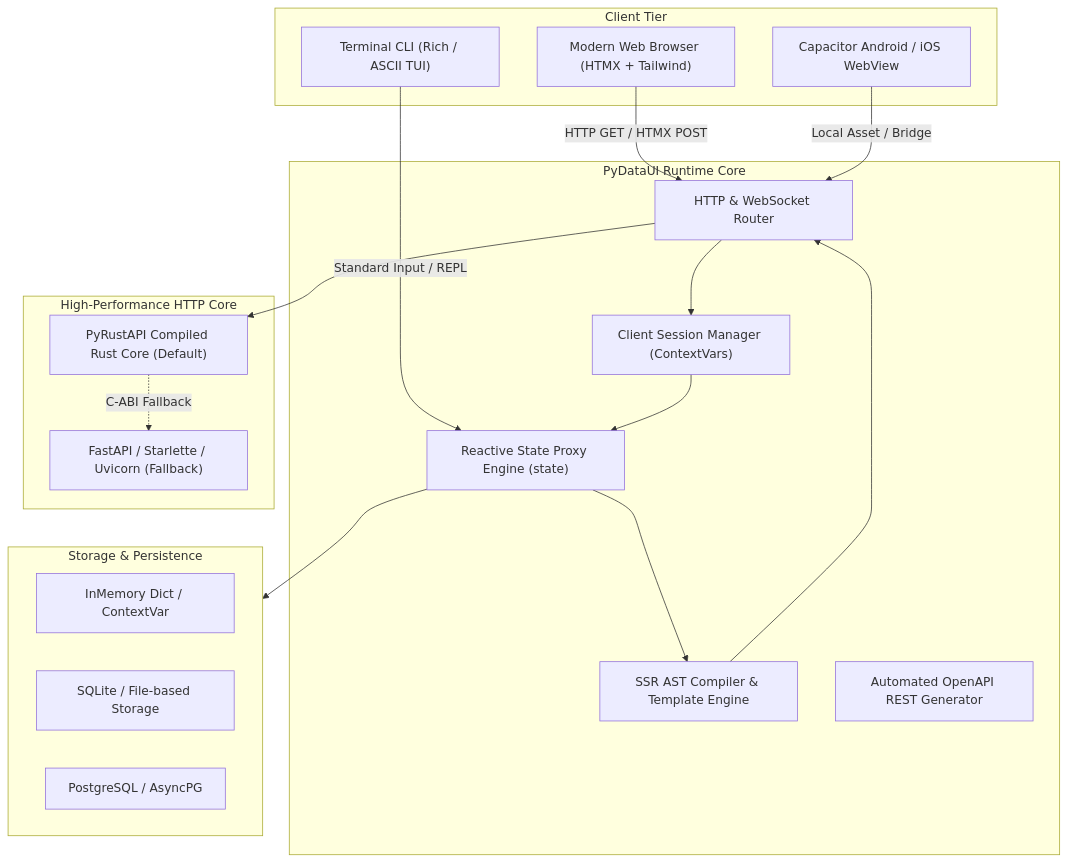
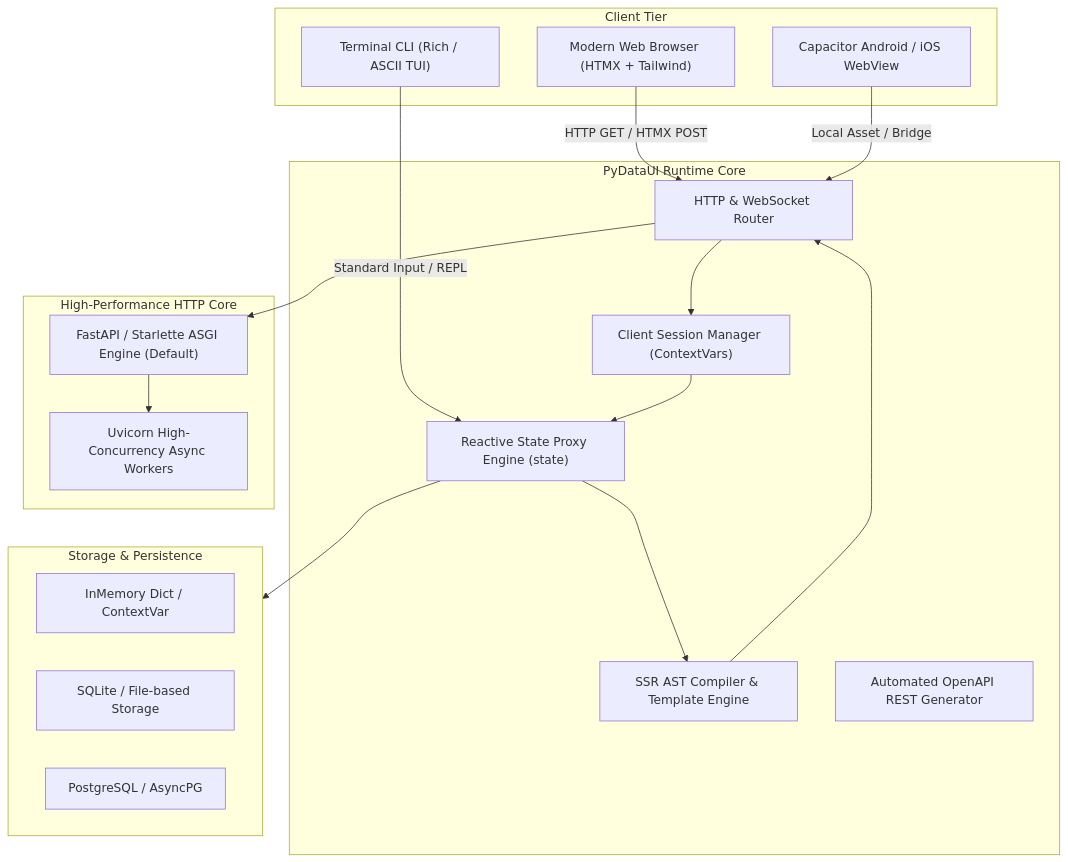
One commit to rajboopathiking/pydataui changed the first of 4 diagrams in docs/ARCHITECTURE.md. Above: the diagram before and after it, drawn with Mermaid. The commit also changed other lines of this file and 18 other files, not shown here.

````diff
--- a/docs/ARCHITECTURE.md
+++ b/docs/ARCHITECTURE.md
@@ -9,39 +9,39 @@
 ```mermaid
 flowchart TD
     subgraph Client["Client Tier"]
         Browser["Modern Web Browser (HTMX + Tailwind)"]
         Terminal["Terminal CLI (Rich / ASCII TUI)"]
         Native["Capacitor Android / iOS WebView"]
     end
 
     subgraph Core["PyDataUI Runtime Core"]
         Router["HTTP & WebSocket Router"]
         SessionMgr["Client Session Manager (ContextVars)"]
         StateEngine["Reactive State Proxy Engine (state)"]
         Compiler["SSR AST Compiler & Template Engine"]
         APIAuto["Automated OpenAPI REST Generator"]
     end
 
     subgraph Backend["High-Performance HTTP Core"]
-        Rust["PyRustAPI Compiled Rust Core (Default)"]
-        PythonFallback["FastAPI / Starlette / Uvicorn (Fallback)"]
+        FastAPI["FastAPI / Starlette ASGI Engine (Default)"]
+        Uvicorn["Uvicorn High-Concurrency Async Workers"]
     end
 
     subgraph Storage["Storage & Persistence"]
         Mem["InMemory Dict / ContextVar"]
         Disk["SQLite / File-based Storage"]
         Postgres["PostgreSQL / AsyncPG"]
     end
 
     Browser -->|HTTP GET / HTMX POST| Router
     Terminal -->|Standard Input / REPL| StateEngine
     Native -->|Local Asset / Bridge| Router
 
     Router --> SessionMgr
     SessionMgr --> StateEngine
     StateEngine --> Compiler
     Compiler --> Router
-    Router --> Rust
-    Rust -.->|C-ABI Fallback| PythonFallback
+    Router --> FastAPI
+    FastAPI --> Uvicorn
     StateEngine --> Storage
 ```
````
